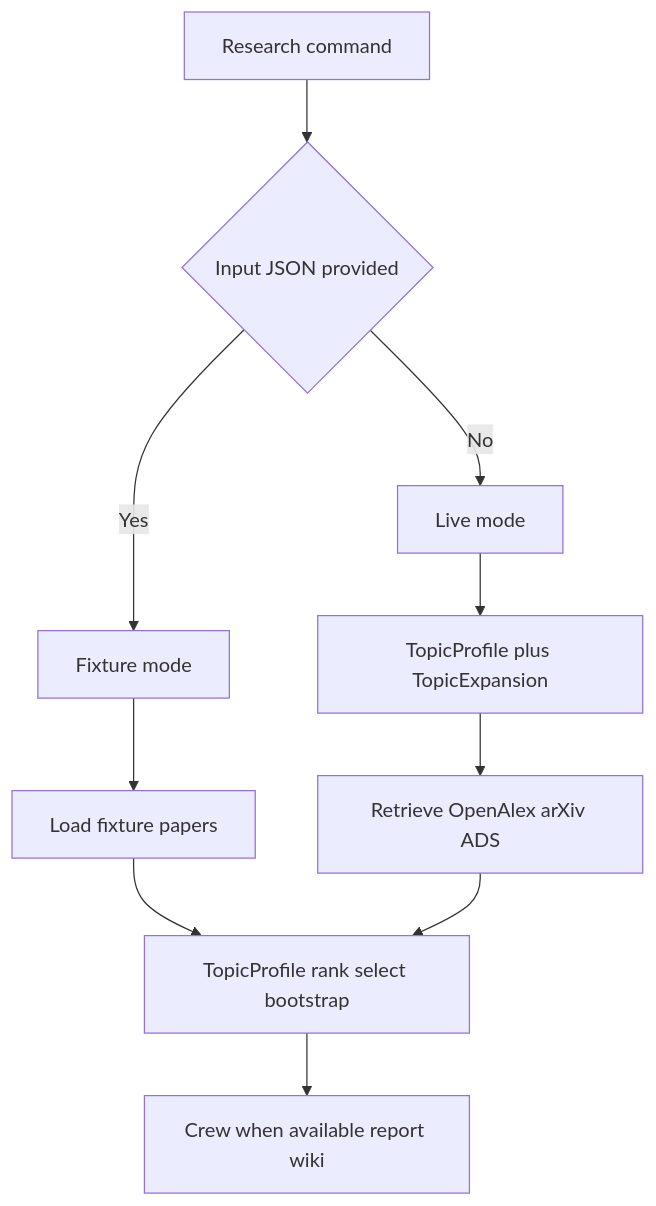
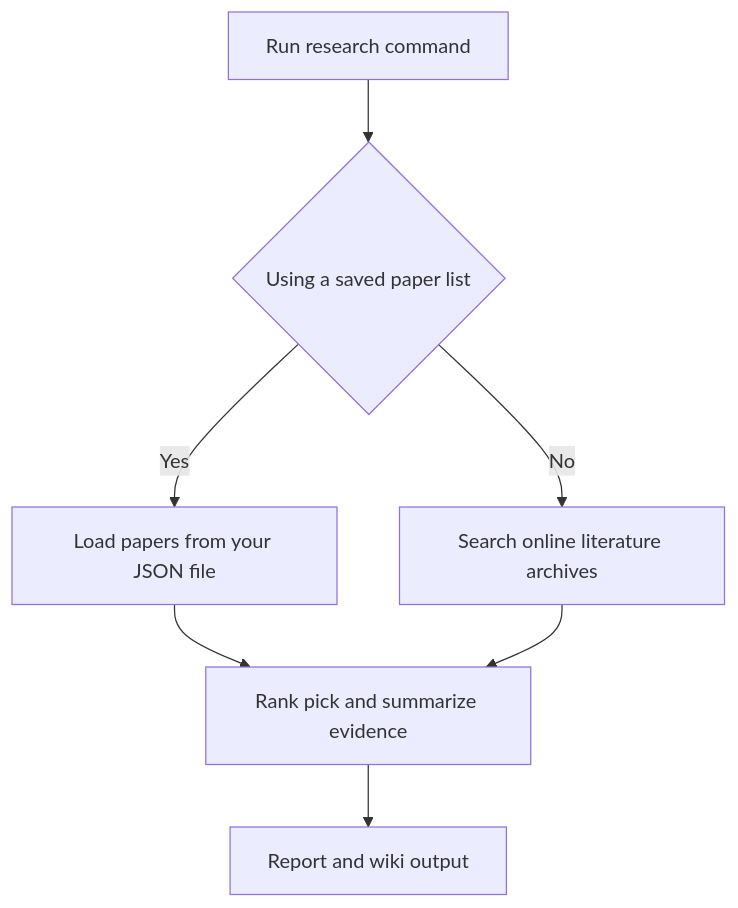
One commit to panchambanerjee/astro-research-assistant changed the third of 3 diagrams in README.md. Above: the diagram before and after it, drawn with Mermaid. The commit also changed other lines of this file and 8 other files, not shown here.

````diff
--- a/README.md
+++ b/README.md
@@ -387,12 +377,9 @@
 ```mermaid
 flowchart TD
-    runCmd[Research command] --> modeChoice{Input JSON provided}
-    modeChoice -->|Yes| fixtureMode[Fixture mode]
-    modeChoice -->|No| liveMode[Live mode]
-    fixtureMode --> fixtureLoad[Load fixture papers]
-    fixtureLoad --> profileRank[TopicProfile rank select bootstrap]
-    liveMode --> profile[TopicProfile plus TopicExpansion]
-    profile --> retrieval[Retrieve OpenAlex arXiv ADS]
-    retrieval --> profileRank
-    profileRank --> crewWiki[Crew when available report wiki]
+    Start[Run research command] --> Branch{Using a saved paper list}
+    Branch -->|Yes| Saved[Load papers from your JSON file]
+    Branch -->|No| Online[Search online literature archives]
+    Saved --> Core[Rank pick and summarize evidence]
+    Online --> Core
+    Core --> Out[Report and wiki output]
 ```
````
